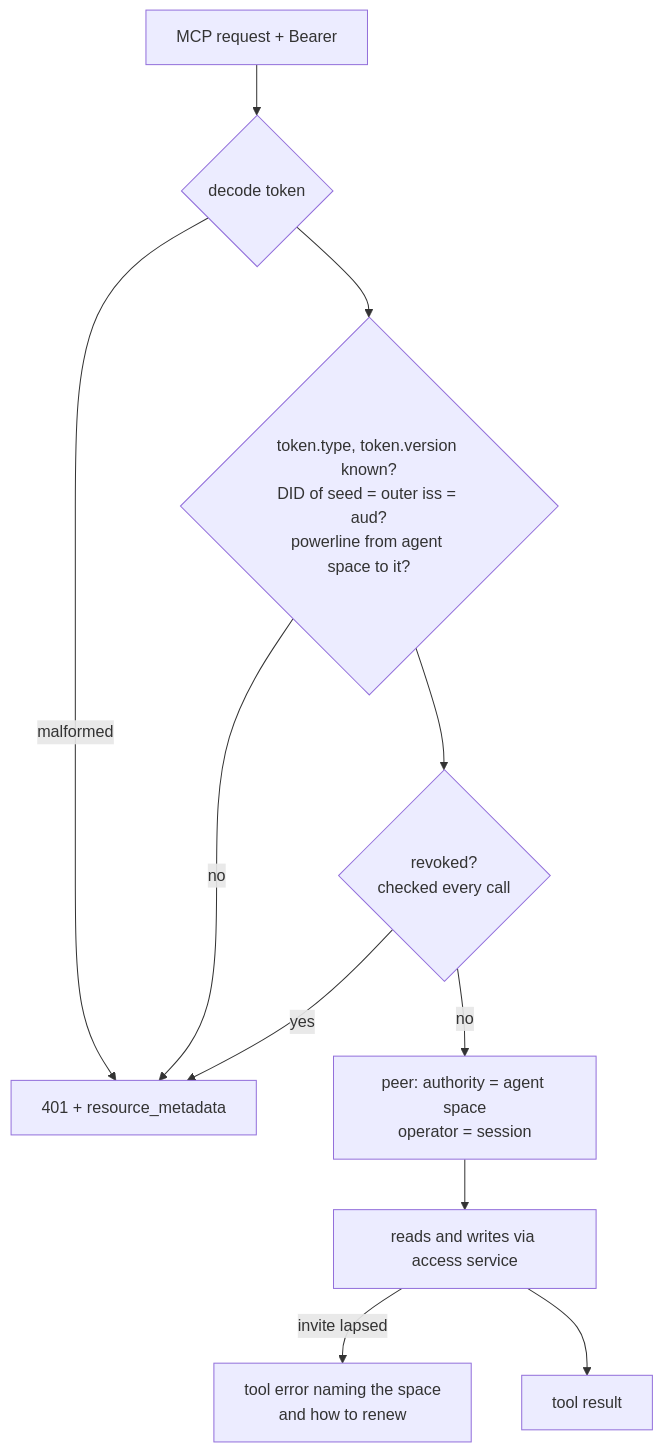
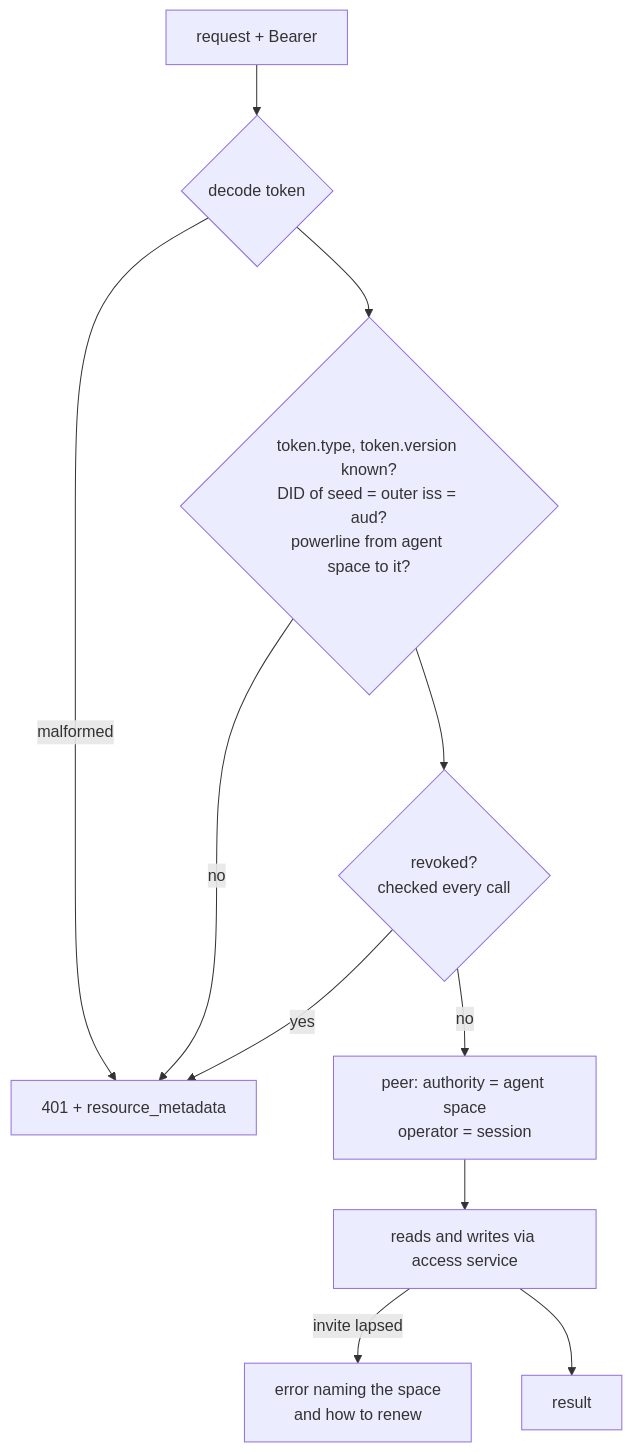
One commit to tonk-labs/tonk changed the fifth of 6 diagrams in plans/2026-10-28-hosted-agent-peer.md. Above: the diagram before and after it, drawn with Mermaid. The commit also changed other lines of this file, not shown here.

Commit message:
plans: hosted peer on the provider origin at /host/ and /mcp, views over SSE

````diff
--- a/plans/2026-10-28-hosted-agent-peer.md
+++ b/plans/2026-10-28-hosted-agent-peer.md
@@ -136,13 +170,13 @@
 ```mermaid
 flowchart TD
-  req[MCP request + Bearer] --> decode{decode token}
+  req[request + Bearer] --> decode{decode token}
   decode -- malformed --> e401[401 + resource_metadata]
   decode --> verify{"token.type, token.version known?<br/>DID of seed = outer iss = aud?<br/>powerline from agent space to it?"}
   verify -- no --> e401
   verify --> revoked{revoked?<br/>checked every call}
   revoked -- yes --> e401
   revoked -- no --> peer[peer: authority = agent space<br/>operator = session]
   peer --> svc[reads and writes via access service]
-  svc -- invite lapsed --> terr[tool error naming the space<br/>and how to renew]
-  svc --> ok[tool result]
+  svc -- invite lapsed --> terr[error naming the space<br/>and how to renew]
+  svc --> ok[result]
 ```
````
